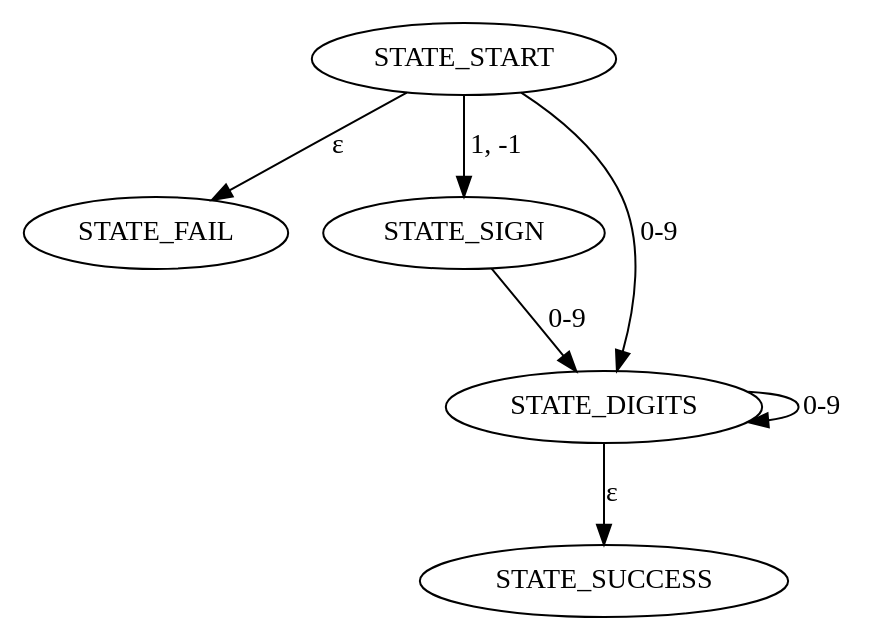
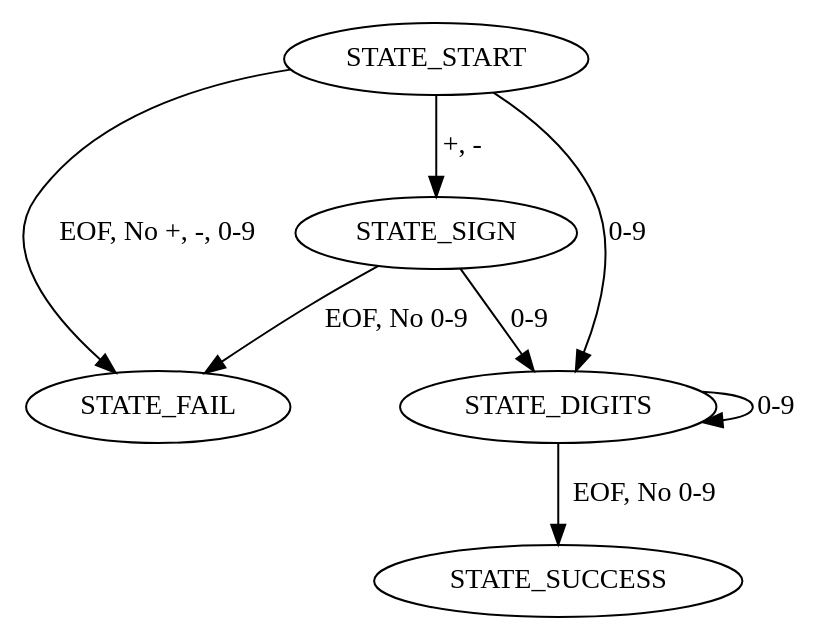
Before and after one commit to acoaquiraticona/SSLALE23: the diagram in 02-Sumadores/ConstanteDecimalC23.gv, drawn with Graphviz.

Commit message:
Arreglos al automata de GetNextDecimal 2

```diff
--- a/02-Sumadores/ConstanteDecimalC23.gv
+++ b/02-Sumadores/ConstanteDecimalC23.gv
@@ -1,12 +1,13 @@
 digraph G {
-    STATE_START -> STATE_FAIL [label="ε"];
-    STATE_START -> STATE_SIGN [label = "1, -1"];
+    STATE_START -> STATE_FAIL [label="EOF, No +, -, 0-9"];
+    STATE_START -> STATE_SIGN [label = "+, -"];
     STATE_START -> STATE_DIGITS [label = "0-9"];
     
     STATE_SIGN -> STATE_DIGITS [label = "0-9"];
+    STATE_SIGN -> STATE_FAIL [label = "EOF, No 0-9"];
 
     STATE_DIGITS -> STATE_DIGITS [label = "0-9"];
-    STATE_DIGITS -> STATE_SUCCESS [label = "ε"];
+    STATE_DIGITS -> STATE_SUCCESS [label = "EOF, No 0-9"];
     
 
 }
```
